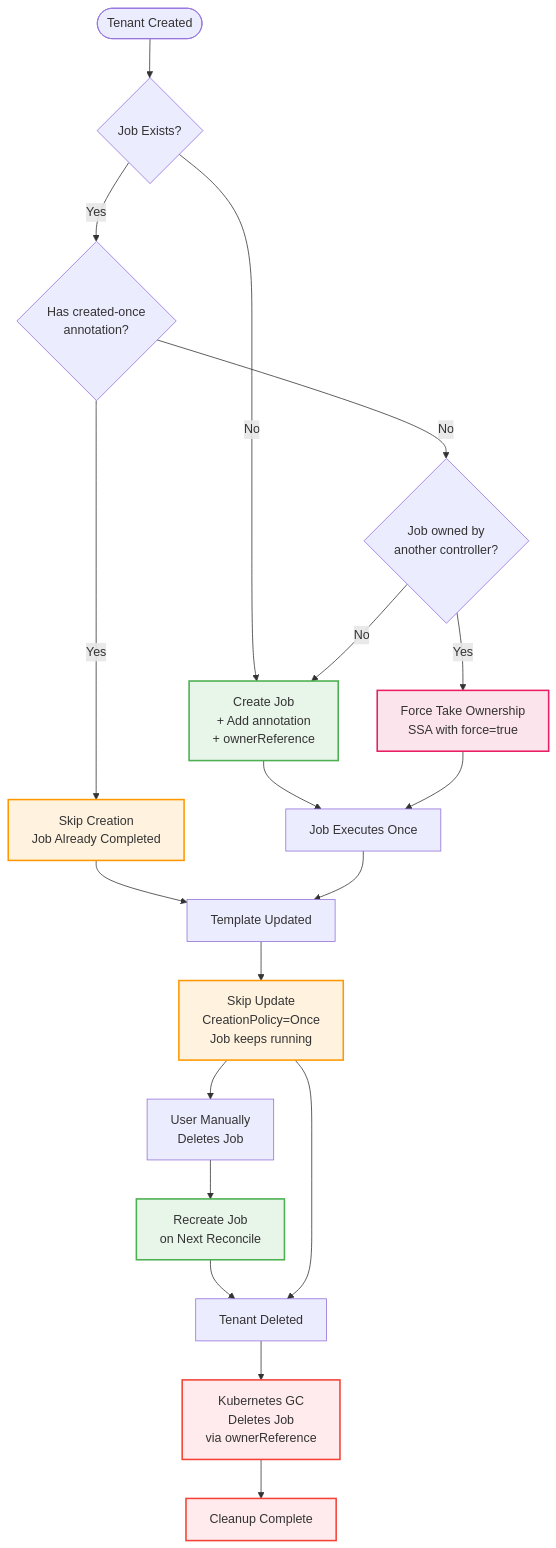
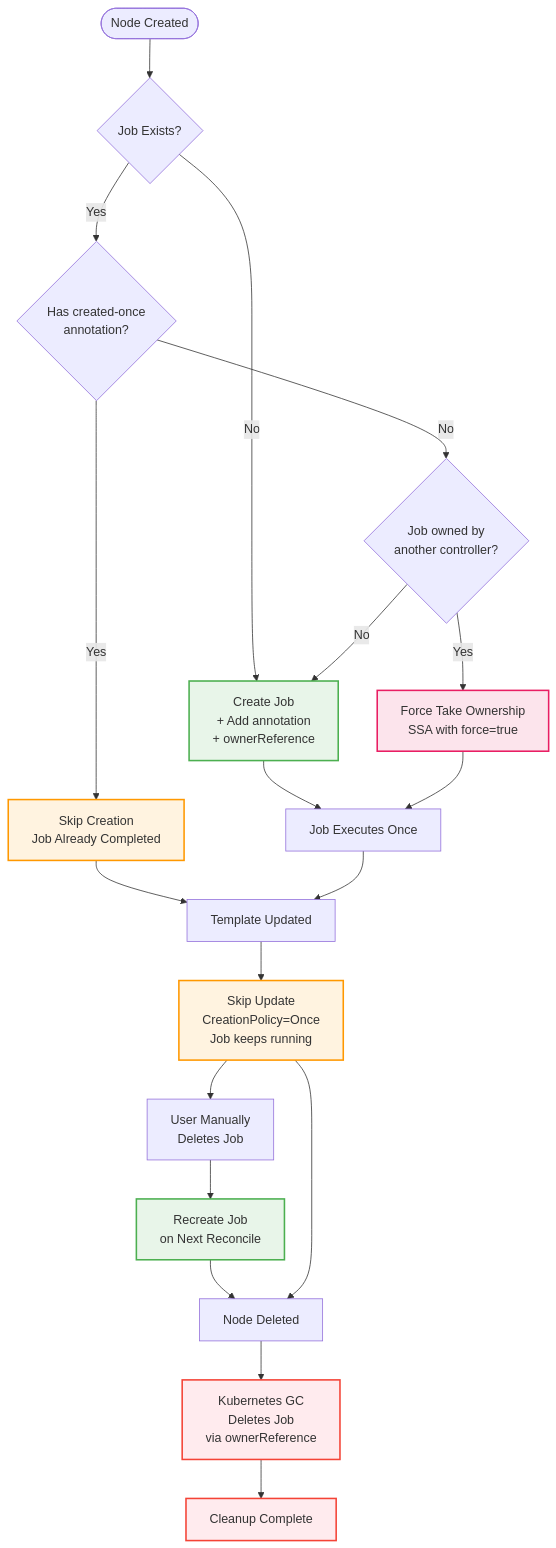
The third of 7 diagrams in docs/policies-examples.md (kubernetes-tenants/tenant-operator), drawn with Mermaid before and after one commit. The commit also changed other lines of this file and 203 other files, not shown here.

````diff
--- a/docs/policies-examples.md
+++ b/docs/policies-examples.md
@@ -187,52 +187,52 @@
 ```mermaid
 flowchart TD
-    Start([Tenant Created])
+    Start([Node Created])
     CheckExists{Job Exists?}
     HasAnnotation{Has created-once<br/>annotation?}
     CheckConflict{Job owned by<br/>another controller?}
     ForceApply[Force Take Ownership<br/>SSA with force=true]
     CreateJob[Create Job<br/>+ Add annotation<br/>+ ownerReference]
     SkipCreate[Skip Creation<br/>Job Already Completed]
     RunJob[Job Executes Once]
     TemplateChange[Template Updated]
     SkipUpdate[Skip Update<br/>CreationPolicy=Once<br/>Job keeps running]
     ManualDelete[User Manually<br/>Deletes Job]
     RecreateJob[Recreate Job<br/>on Next Reconcile]
-    TenantDelete[Tenant Deleted]
+    NodeDelete[Node Deleted]
     AutoDelete[Kubernetes GC<br/>Deletes Job<br/>via ownerReference]
     Cleanup[Cleanup Complete]
 
     Start --> CheckExists
     CheckExists -->|No| CreateJob
     CheckExists -->|Yes| HasAnnotation
 
     HasAnnotation -->|Yes| SkipCreate
     HasAnnotation -->|No| CheckConflict
 
     CheckConflict -->|Yes| ForceApply
     CheckConflict -->|No| CreateJob
 
     CreateJob --> RunJob
     ForceApply --> RunJob
     SkipCreate --> TemplateChange
 
     RunJob --> TemplateChange
     TemplateChange --> SkipUpdate
     SkipUpdate --> ManualDelete
     ManualDelete --> RecreateJob
-    RecreateJob --> TenantDelete
+    RecreateJob --> NodeDelete
 
-    SkipUpdate --> TenantDelete
-    TenantDelete --> AutoDelete
+    SkipUpdate --> NodeDelete
+    NodeDelete --> AutoDelete
     AutoDelete --> Cleanup
 
     classDef createStyle fill:#e8f5e9,stroke:#4caf50,stroke-width:2px;
     classDef skipStyle fill:#fff3e0,stroke:#ff9800,stroke-width:2px;
     classDef deleteStyle fill:#ffebee,stroke:#f44336,stroke-width:2px;
     classDef forceStyle fill:#fce4ec,stroke:#e91e63,stroke-width:2px;
 
     class CreateJob,RecreateJob createStyle;
     class SkipCreate,SkipUpdate skipStyle;
     class AutoDelete,Cleanup deleteStyle;
     class ForceApply forceStyle;
 ```
````
